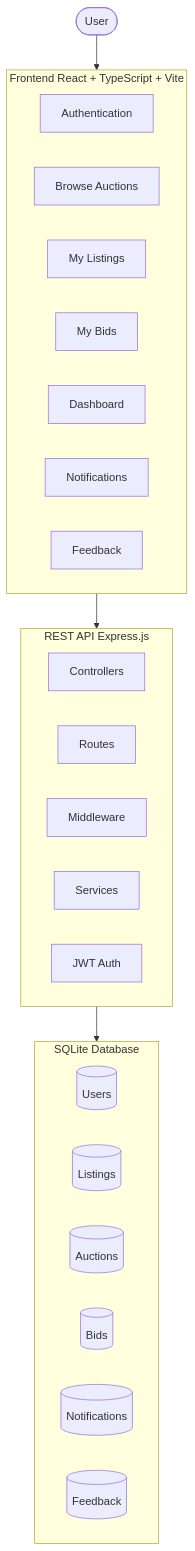
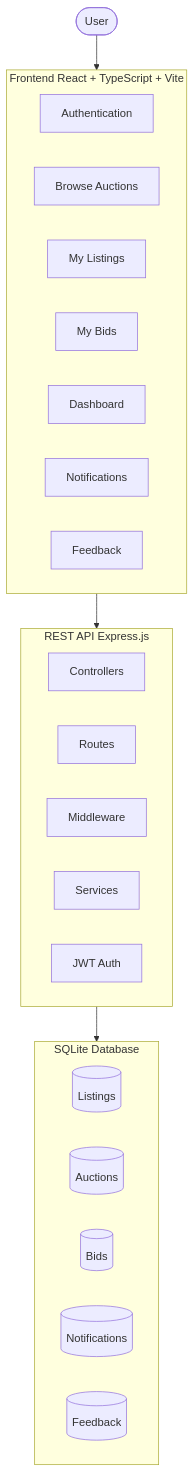
The first of 5 diagrams in README.md (raghavkhator18-sys/Auction-Mart), drawn with Mermaid before and after one commit. The commit also changed other lines of this file and 10 other files, not shown here.

````diff
--- a/README.md
+++ b/README.md
@@ -114,35 +112,34 @@
 ```mermaid
 graph TD
     User([User]) --> Frontend
     
     subgraph Frontend [Frontend React + TypeScript + Vite]
         Auth[Authentication]
         Browse[Browse Auctions]
         Listings[My Listings]
         Bids[My Bids]
         Dash[Dashboard]
         Notif[Notifications]
         Feed[Feedback]
     end
     
     Frontend --> Backend
     
     subgraph Backend [REST API Express.js]
         Ctrl[Controllers]
         Routes[Routes]
         Mid[Middleware]
         Svc[Services]
         JWT[JWT Auth]
     end
     
     Backend --> DB
     
     subgraph DB [SQLite Database]
-        UsersDB[(Users)]
         ListingsDB[(Listings)]
         AuctionsDB[(Auctions)]
         BidsDB[(Bids)]
         NotifDB[(Notifications)]
         FeedDB[(Feedback)]
     end
 ```
````
